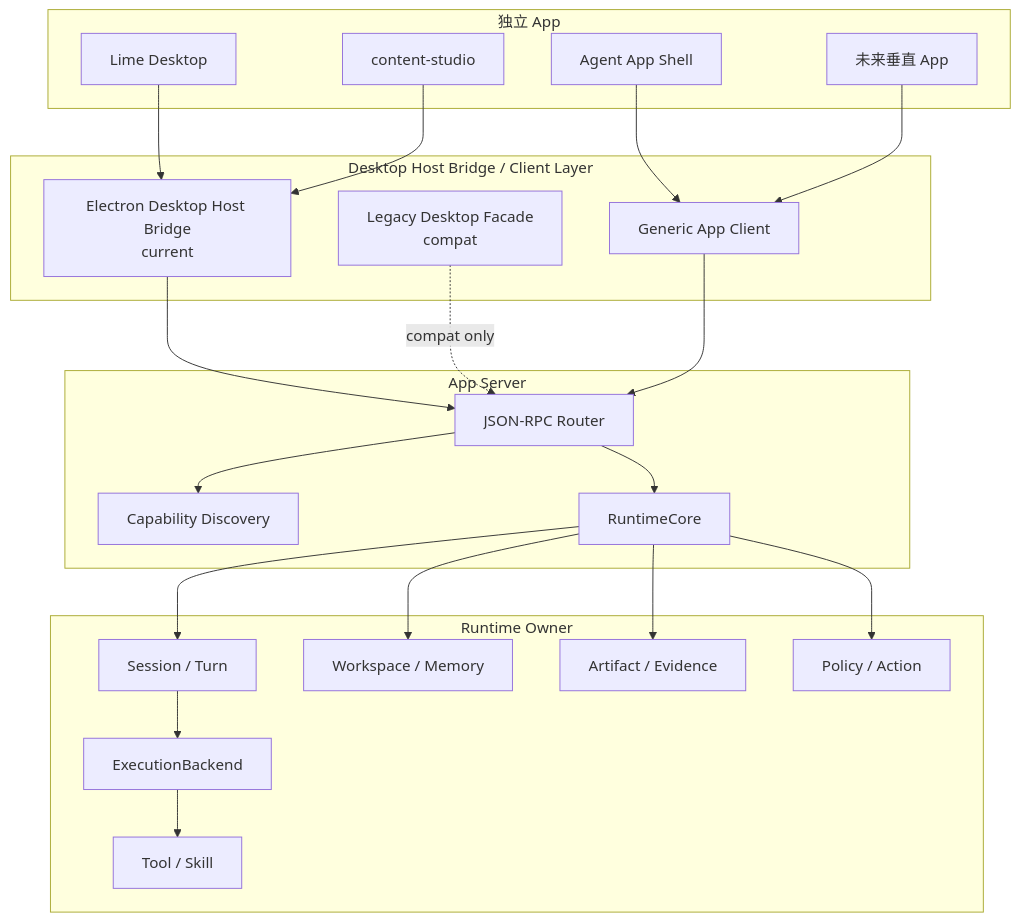
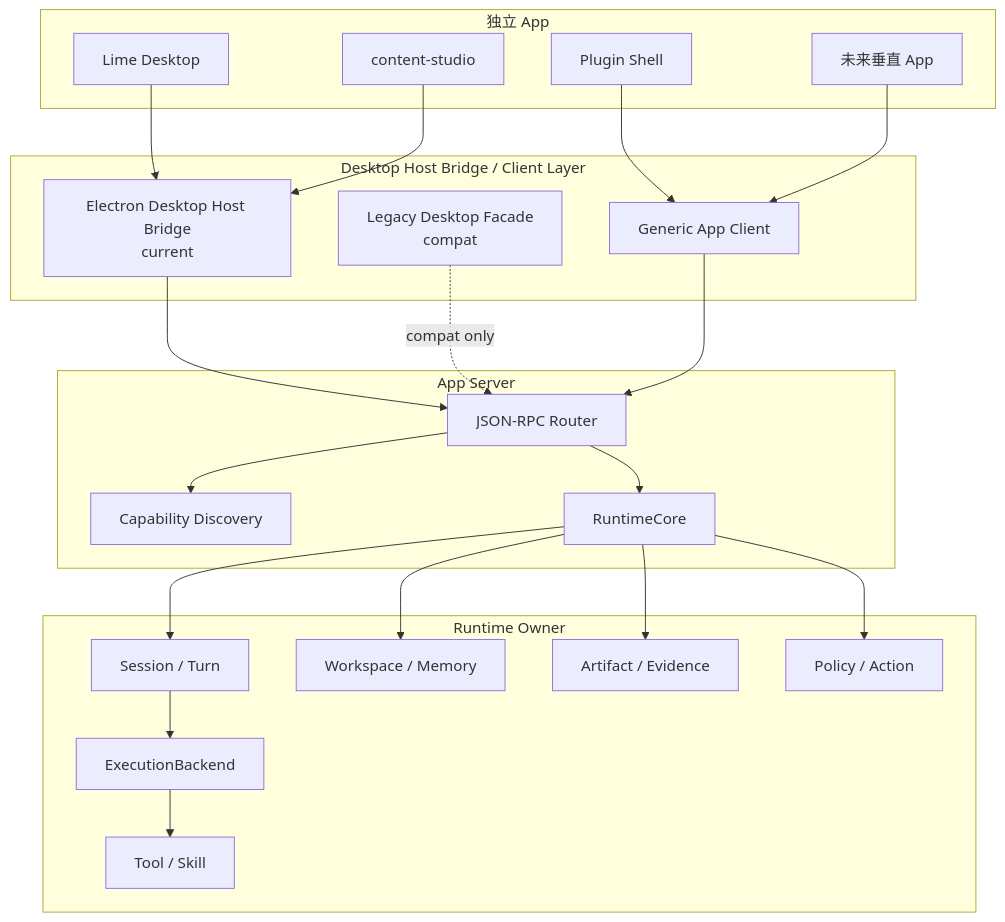
Before and after one commit to jiujuan/lime: the fifth of 9 diagrams in internal/roadmap/appserver/flowcharts.md, drawn with Mermaid. The commit also changed 527 other files, not shown here.

````diff
--- a/internal/roadmap/appserver/flowcharts.md
+++ b/internal/roadmap/appserver/flowcharts.md
@@ -84,46 +84,46 @@
 ```mermaid
 flowchart TB
     subgraph AppLayer["独立 App"]
         A["Lime Desktop"]
         B["content-studio"]
-        C["Agent App Shell"]
+        C["Plugin Shell"]
         D["未来垂直 App"]
     end
 
     subgraph ClientLayer["Desktop Host Bridge / Client Layer"]
         E["Electron Desktop Host Bridge<br/>current"]
         F["Legacy Desktop Facade<br/>compat"]
         G["Generic App Client"]
     end
 
     subgraph ServerLayer["App Server"]
         H["JSON-RPC Router"]
         I["Capability Discovery"]
         J["RuntimeCore"]
     end
 
     subgraph RuntimeLayer["Runtime Owner"]
         K["Session / Turn"]
         L["ExecutionBackend"]
         M["Tool / Skill"]
         N["Workspace / Memory"]
         O["Artifact / Evidence"]
         P["Policy / Action"]
     end
 
     A --> E
     B --> E
     C --> G
     D --> G
     E --> H
     F -. "compat only" .-> H
     G --> H
     H --> I
     H --> J
     J --> K
     K --> L
     L --> M
     J --> N
     J --> O
     J --> P
 ```
````
